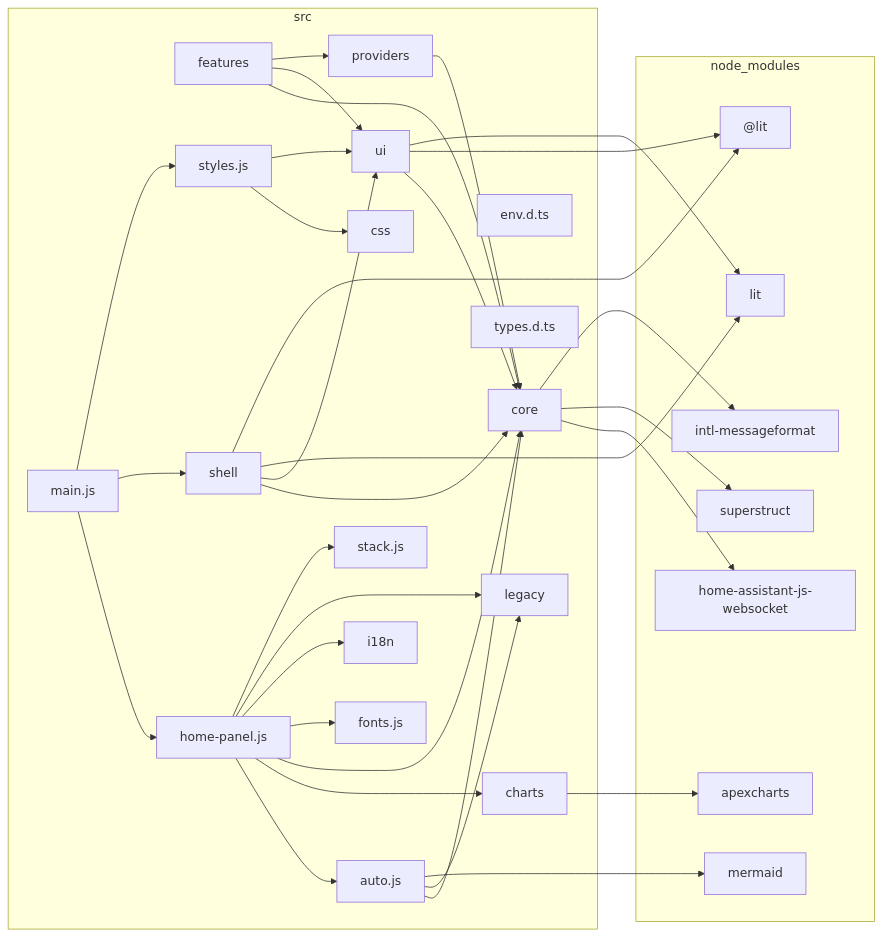
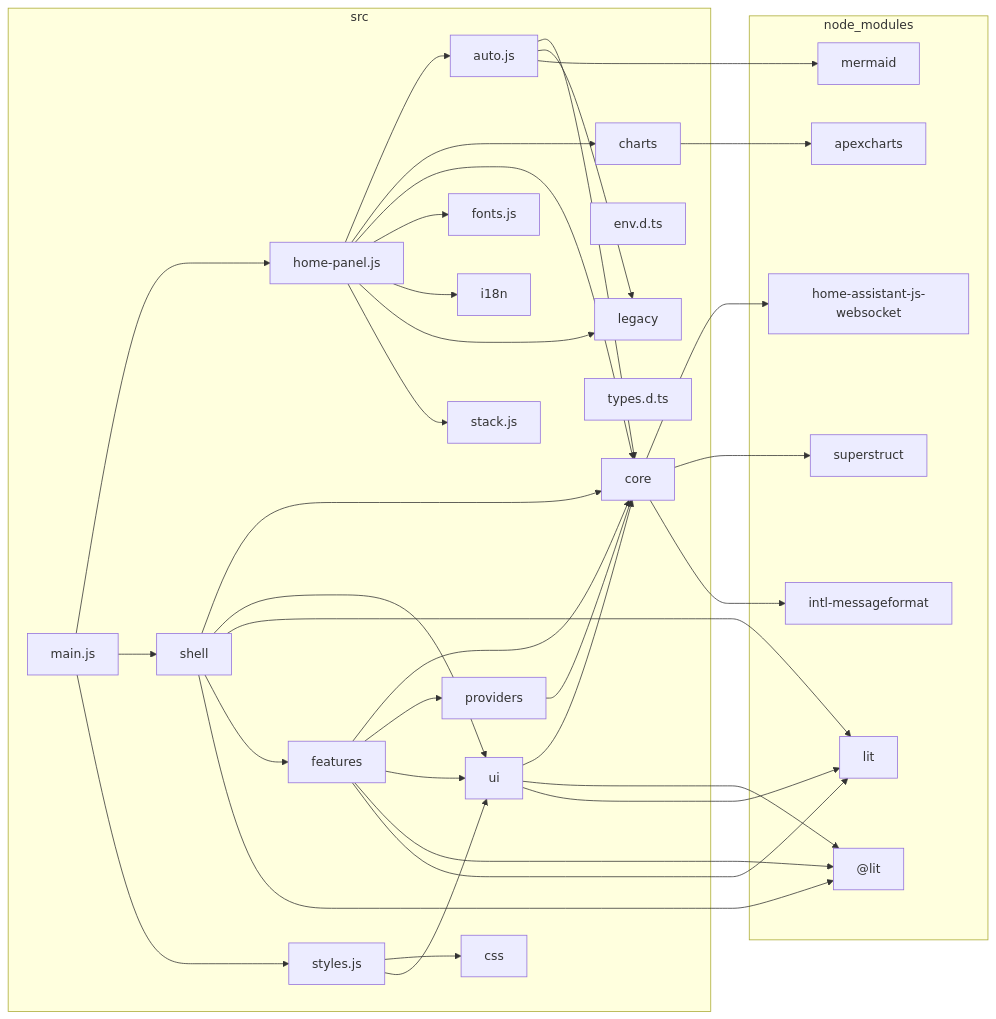
One commit to pldelisle/ha-home-panel changed the diagram in docs/architecture/dependency-graph.md. Above: the diagram before and after it, drawn with Mermaid. The commit also changed 52 other files, not shown here.

````diff
--- a/docs/architecture/dependency-graph.md
+++ b/docs/architecture/dependency-graph.md
@@ -5,62 +5,65 @@
 ```mermaid
 flowchart LR
 
 subgraph 0["node_modules"]
 1["@lit"]
 2["apexcharts"]
 3["home-assistant-js-websocket"]
 4["intl-messageformat"]
 5["lit"]
 6["mermaid"]
 7["superstruct"]
 end
 subgraph 8["src"]
 9["auto.js"]
 A["charts"]
 B["core"]
 C["css"]
 D["env.d.ts"]
 E["features"]
 F["fonts.js"]
 G["home-panel.js"]
 H["i18n"]
 I["legacy"]
 J["main.js"]
 K["providers"]
 L["shell"]
 M["stack.js"]
 N["styles.js"]
 O["types.d.ts"]
 P["ui"]
 end
 9-->B
 9-->I
 9-->6
 A-->2
 B-->3
 B-->7
 B-->4
 E-->B
+E-->K
 E-->P
-E-->K
+E-->1
+E-->5
 G-->9
 G-->A
 G-->B
 G-->F
 G-->H
 G-->I
 G-->M
 J-->G
 J-->L
 J-->N
 K-->B
 L-->B
 L-->P
 L-->5
+L-->E
 L-->1
 N-->C
 N-->P
 P-->B
 P-->1
 P-->5
 ```
````
